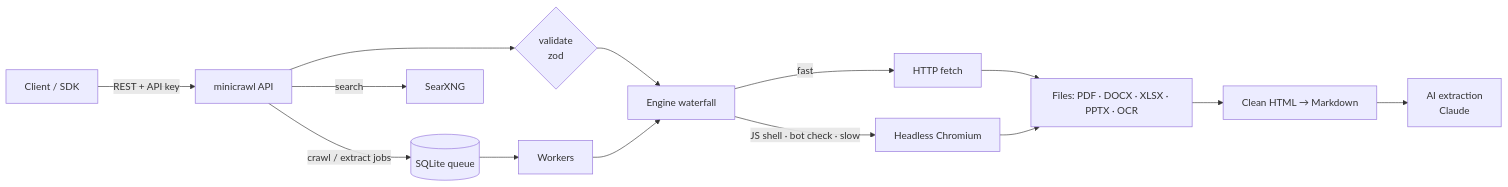
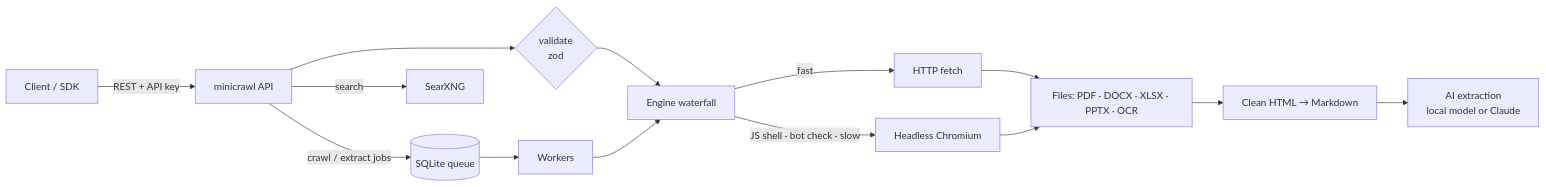
One commit to fairoz-539/minicrawl changed the diagram in README.md. Above: the diagram before and after it, drawn with Mermaid. The commit also changed other lines of this file and 27 other files, not shown here.

````diff
--- a/README.md
+++ b/README.md
@@ -245,14 +246,14 @@
 ```mermaid
 flowchart LR
     C[Client / SDK] -->|REST + API key| A[minicrawl API]
     A --> V{validate<br/>zod}
     V --> E[Engine waterfall]
     E -->|fast| F[HTTP fetch]
     E -->|JS shell · bot check · slow| B[Headless Chromium]
     F & B --> D[Files: PDF · DOCX · XLSX · PPTX · OCR]
     D --> M[Clean HTML → Markdown]
-    M --> L[AI extraction<br/>Claude]
+    M --> L[AI extraction<br/>local model or Claude]
     A -->|crawl / extract jobs| Q[(SQLite queue)]
     Q --> W[Workers] --> E
     A -->|search| S[SearXNG]
 ```
````
